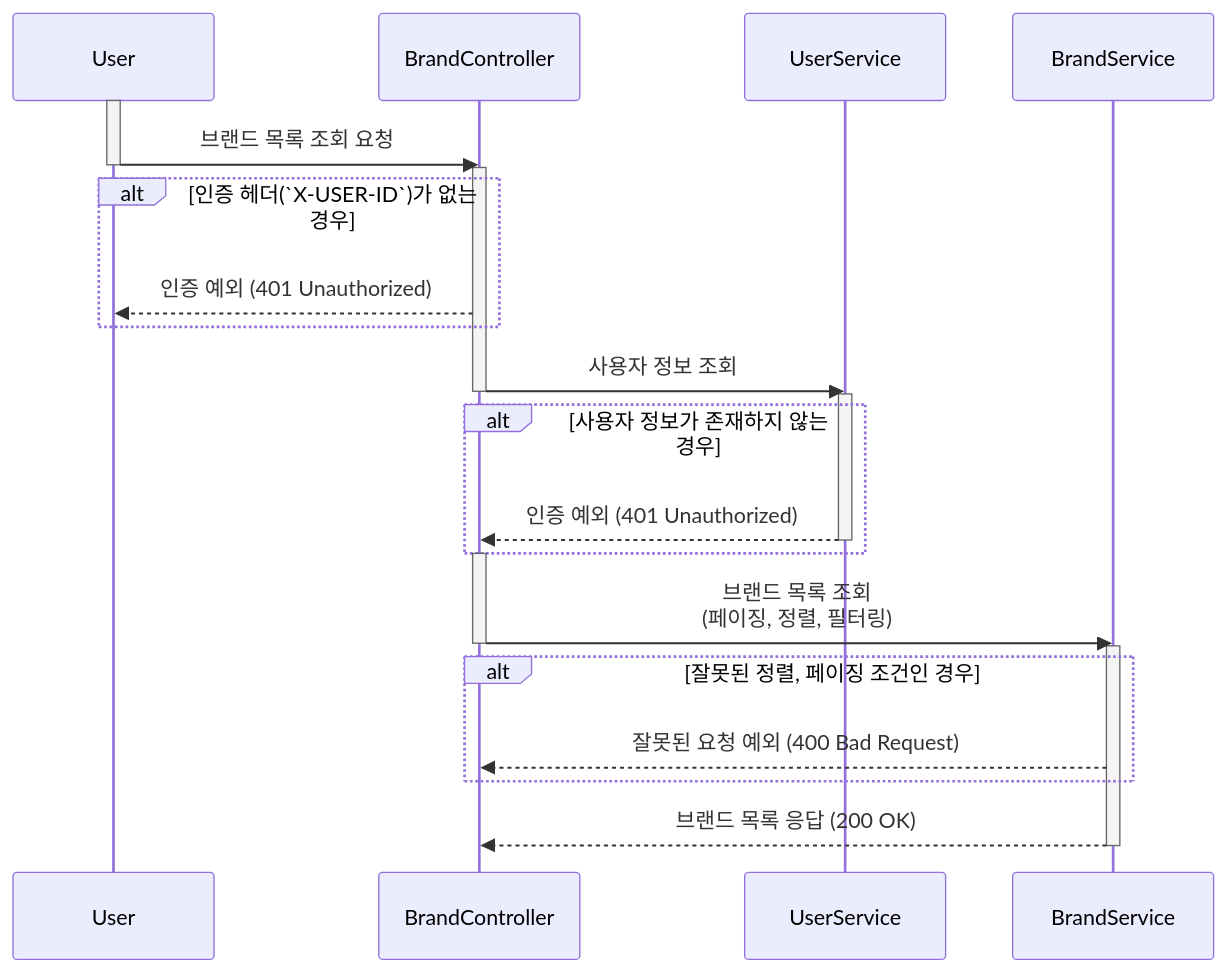
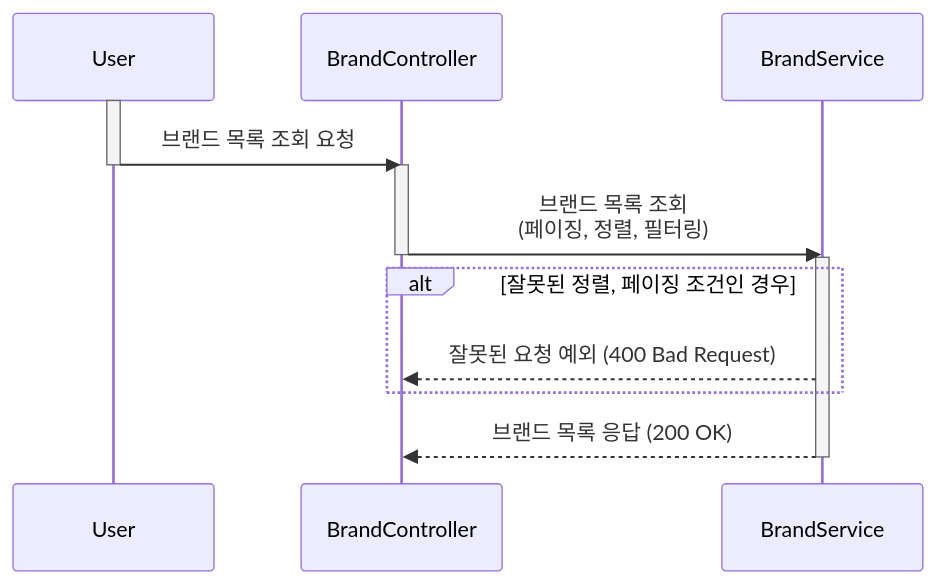
The first of 3 diagrams in docs/design/02-sequence-diagrams/brand.md (kiekk/gamsung-commerce), drawn with Mermaid before and after one commit. The commit also changed other lines of this file and 3 other files, not shown here.

````diff
--- a/docs/design/02-sequence-diagrams/brand.md
+++ b/docs/design/02-sequence-diagrams/brand.md
@@ -5,30 +5,18 @@
 ```mermaid
 sequenceDiagram
     participant User
     participant BrandController
-    participant UserService
     participant BrandService
     activate User
     User ->> BrandController: 브랜드 목록 조회 요청
     deactivate User
-    activate BrandController
-    alt 인증 헤더(`X-USER-ID`)가 없는 경우
-        BrandController -->> User: 인증 예외 (401 Unauthorized)
-    end
-    BrandController ->> UserService: 사용자 정보 조회
-    deactivate BrandController
-    activate UserService
-    alt 사용자 정보가 존재하지 않는 경우
-        UserService -->> BrandController: 인증 예외 (401 Unauthorized)
-        deactivate UserService
-    end
     activate BrandController
     BrandController ->> BrandService: 브랜드 목록 조회<br/>(페이징, 정렬, 필터링)
     deactivate BrandController
     activate BrandService
     alt 잘못된 정렬, 페이징 조건인 경우
         BrandService -->> BrandController: 잘못된 요청 예외 (400 Bad Request)
     end
     BrandService -->> BrandController: 브랜드 목록 응답 (200 OK)
     deactivate BrandService
 ```
````
